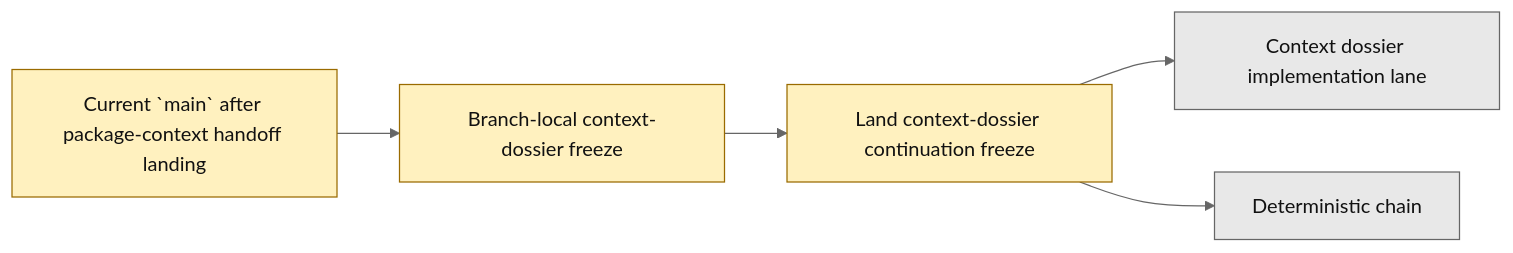
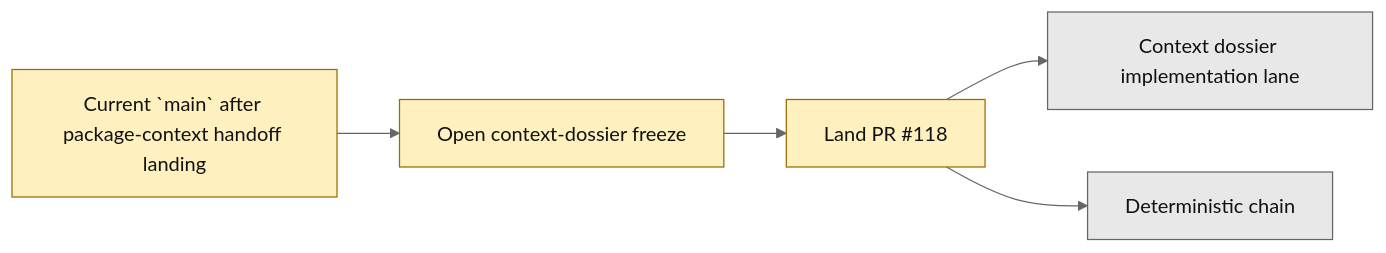
Before and after one commit to benjmcd/project6_REPO_MCP_FOLDER: the second of 2 diagrams in next_milestone_plans/layer3_progress_board.md, drawn with Mermaid (neutral theme). The commit also changed other lines of this file and 3 other files, not shown here.

Commit message:
docs(layer3): sync open dossier freeze state

````diff
--- a/next_milestone_plans/layer3_progress_board.md
+++ b/next_milestone_plans/layer3_progress_board.md
@@ -130,13 +130,13 @@
 ```mermaid
 flowchart LR
-    A["Current `main` after package-context handoff landing"] --> B["Branch-local context-dossier freeze"]
-    B --> C["Land context-dossier continuation freeze"]
+    A["Current `main` after package-context handoff landing"] --> B["Open context-dossier freeze"]
+    B --> C["Land PR #118"]
     C --> D["Context dossier implementation lane"]
     C --> E["Deterministic chain"]
 
     classDef next fill:#fff1bf,stroke:#9a6b00,color:#111;
     classDef future fill:#e8e8e8,stroke:#666,color:#111;
 
     class A,B,C next;
     class D,E future;
 ```
````
